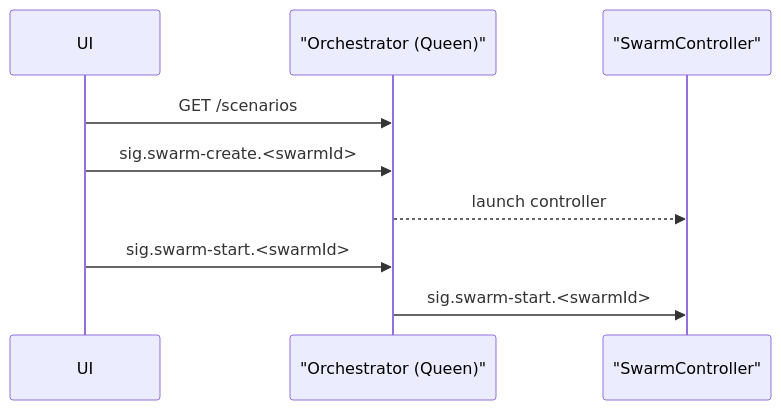
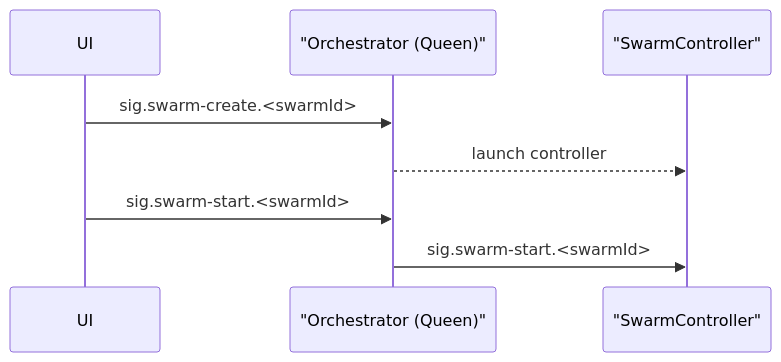
One commit to sepa79/PocketHive changed the diagram in SWARM_CONTROLLER_PLAN.md. Above: the diagram before and after it, drawn with Mermaid. The commit also changed other lines of this file and 10 other files, not shown here.

````diff
--- a/SWARM_CONTROLLER_PLAN.md
+++ b/SWARM_CONTROLLER_PLAN.md
@@ -9,11 +8,10 @@
 ```mermaid
 sequenceDiagram
   participant UI
   participant QN as "Orchestrator (Queen)"
   participant SC as "SwarmController"
-  UI->>QN: GET /scenarios
   UI->>QN: sig.swarm-create.<swarmId>
   QN-->>SC: launch controller
   UI->>QN: sig.swarm-start.<swarmId>
   QN->>SC: sig.swarm-start.<swarmId>
 ```
````
